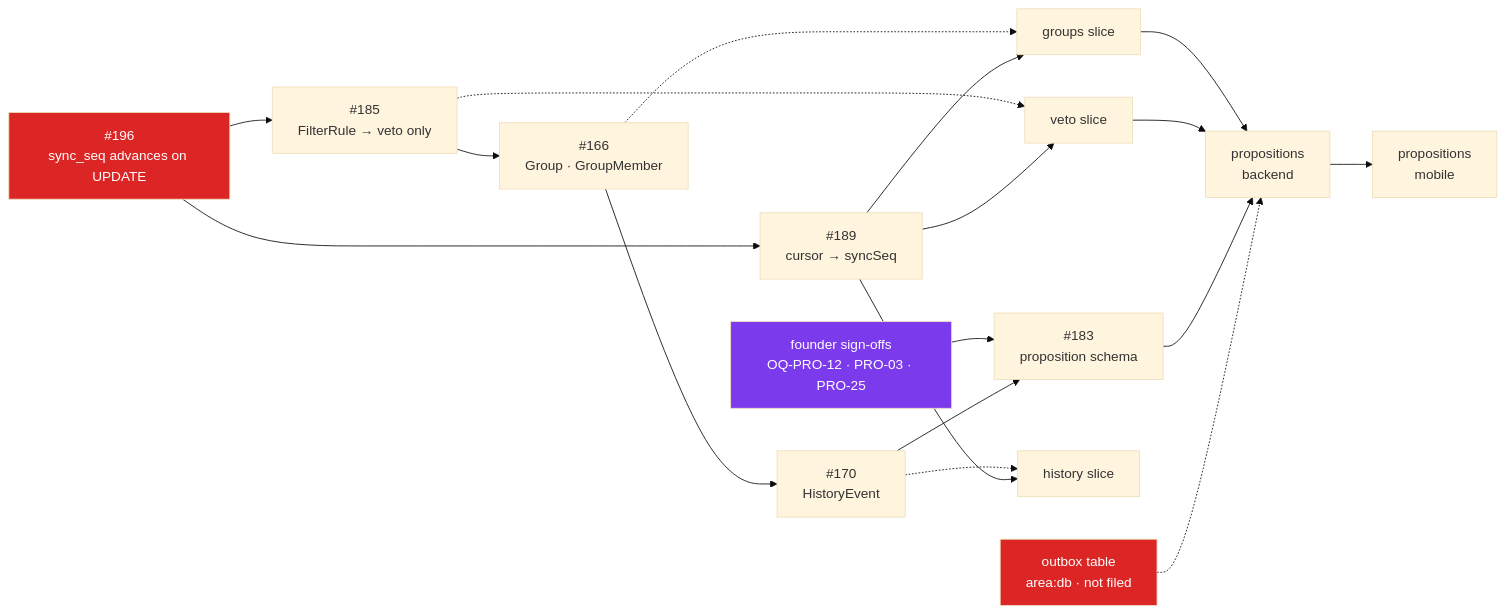
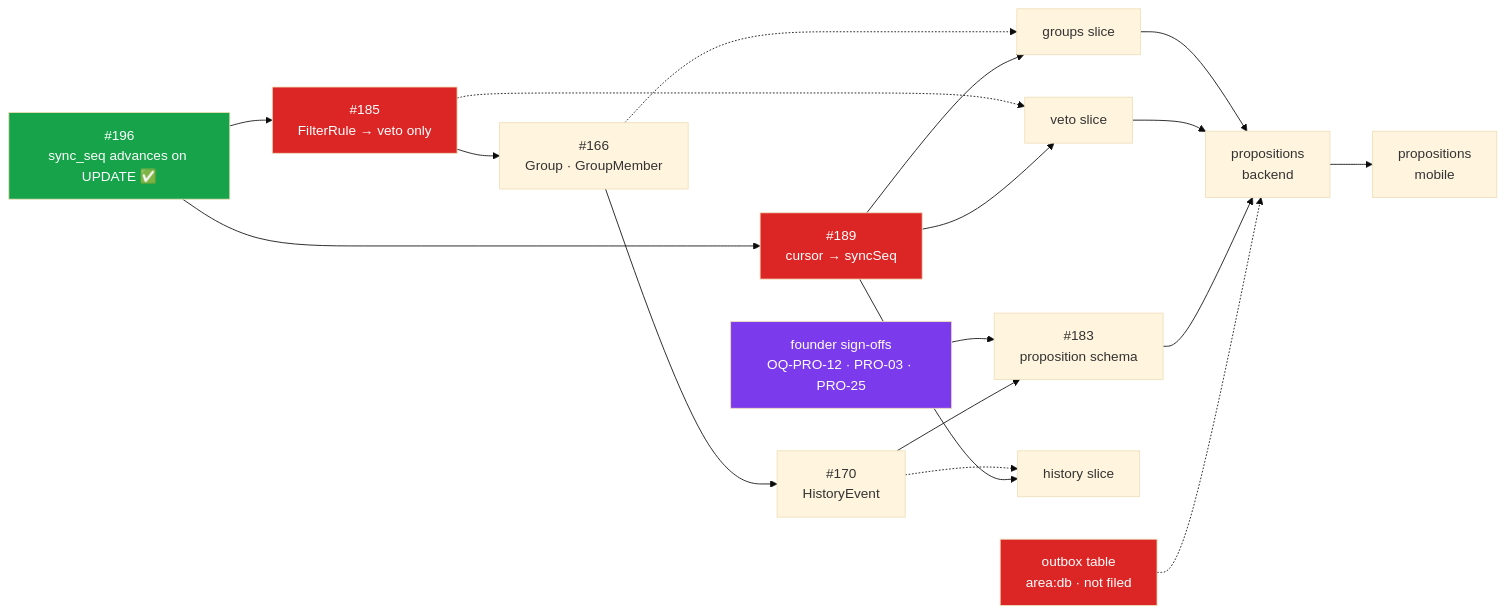
Before and after one commit to hamza-el-miqdam/swab: the diagram in docs/ROADMAP.md, drawn with Mermaid (base theme). The commit also changed other lines of this file and 1 other file, not shown here.

First line of the commit message:
docs: refresh ROADMAP.md after #196 merge (#198)

````diff
--- a/docs/ROADMAP.md
+++ b/docs/ROADMAP.md
@@ -31,23 +31,25 @@
 ```mermaid
 graph LR
-  T["#196<br/>sync_seq advances on UPDATE"] --> F["#185<br/>FilterRule → veto only"]
+  T["#196<br/>sync_seq advances on UPDATE ✅"] --> F["#185<br/>FilterRule → veto only"]
   F --> G["#166<br/>Group · GroupMember"]
   G --> H["#170<br/>HistoryEvent"]
   H --> S["#183<br/>proposition schema"]
   T --> C["#189<br/>cursor → syncSeq"]
   C --> V["veto slice"]
   C --> GS["groups slice"]
   C --> HS["history slice"]
   F -.-> V
   G -.-> GS
   H -.-> HS
   O["outbox table<br/>area:db · not filed"] -.-> P
   D["founder sign-offs<br/>OQ-PRO-12 · PRO-03 · PRO-25"] --> S
   S --> P["propositions<br/>backend"]
   V --> P
   GS --> P
   P --> M["propositions<br/>mobile"]
-  style T fill:#dc2626,color:#fff
+  style T fill:#16a34a,color:#fff
+  style F fill:#dc2626,color:#fff
+  style C fill:#dc2626,color:#fff
   style O fill:#dc2626,color:#fff
   style D fill:#7c3aed,color:#fff
 ```
````
